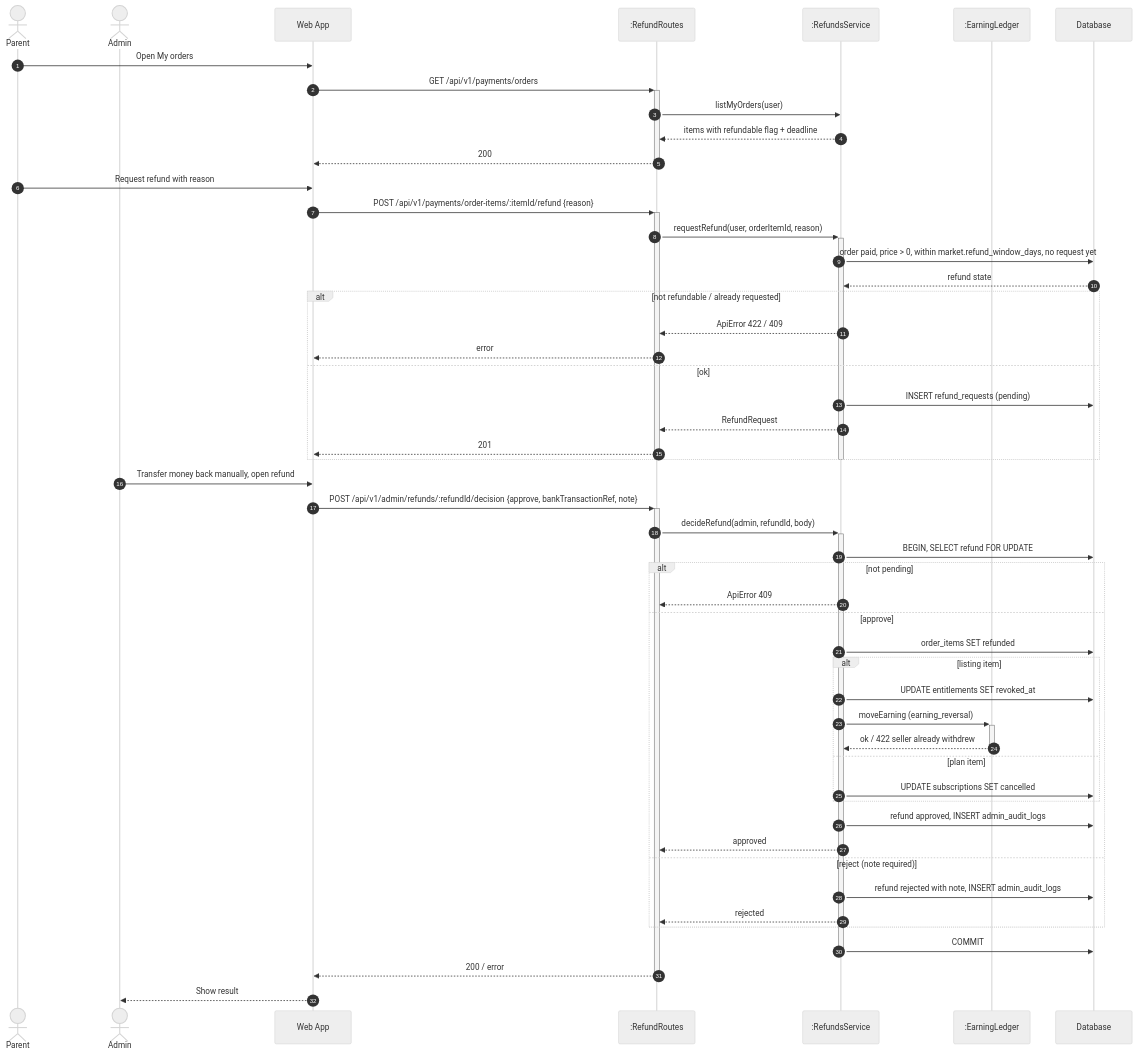
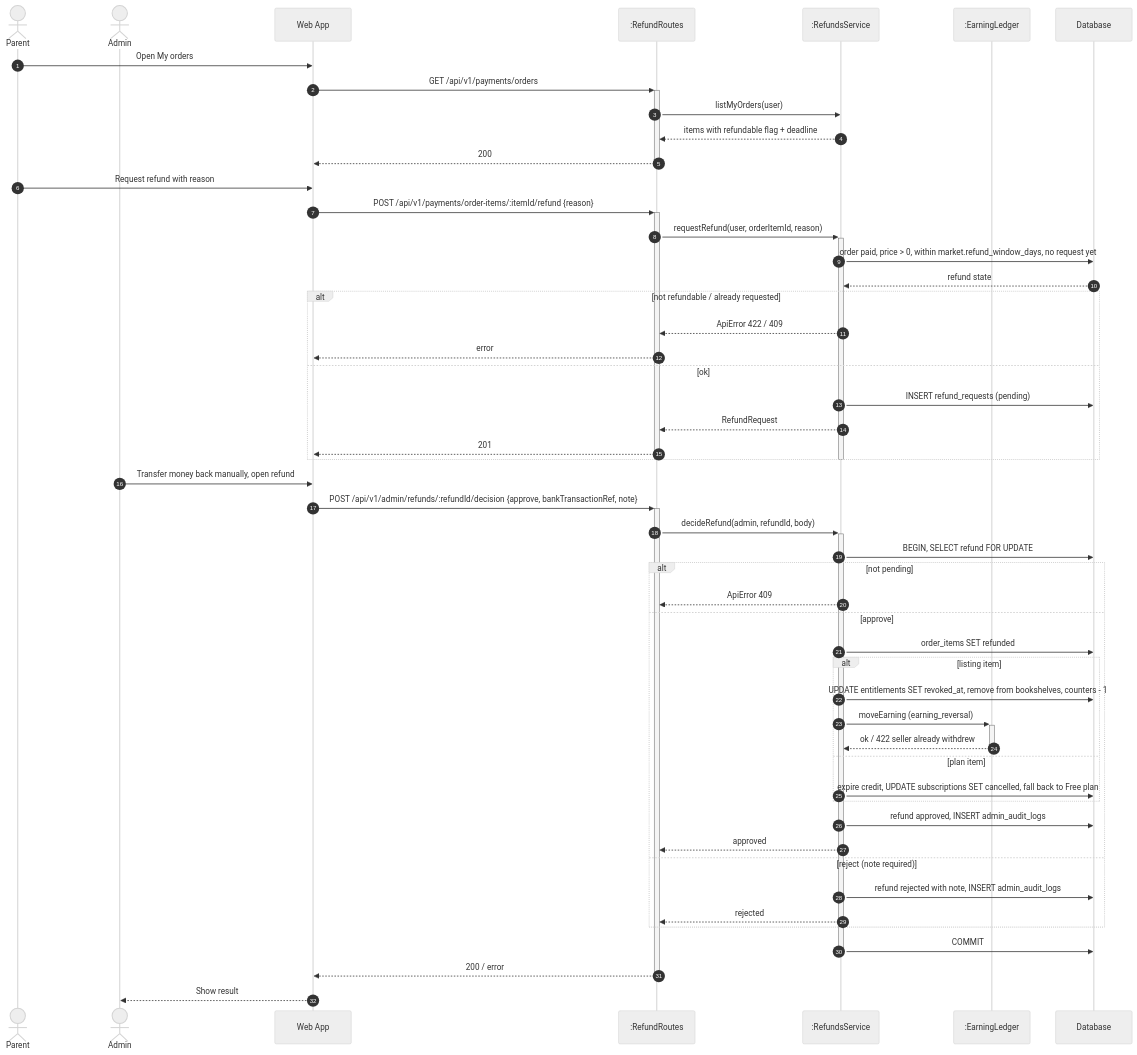
One commit to SEP490-GFA26SE186/BE changed the diagram in docs/diagrams/sdd/3.13.2-seq-request-decide-refund.mmd. Above: the diagram before and after it, drawn with Mermaid. The commit also changed 4 other files, not shown here.

Commit message:
Add refund-related class and state diagrams for improved clarity on refund processes

```diff
--- a/docs/diagrams/sdd/3.13.2-seq-request-decide-refund.mmd
+++ b/docs/diagrams/sdd/3.13.2-seq-request-decide-refund.mmd
@@ -1,55 +1,55 @@
 %%{init: {"theme": "neutral", "themeVariables": {"fontFamily": "Arial"}}}%%
 sequenceDiagram
   autonumber
   actor P as Parent
   actor A as Admin
   participant W as Web App
   participant C as :RefundRoutes
   participant S as :RefundsService
   participant E as :EarningLedger
   participant DB as Database
   P->>W: Open My orders
   W->>+C: GET /api/v1/payments/orders
   C->>S: listMyOrders(user)
   S-->>C: items with refundable flag + deadline
   C-->>-W: 200
   P->>W: Request refund with reason
   W->>+C: POST /api/v1/payments/order-items/:itemId/refund {reason}
   C->>+S: requestRefund(user, orderItemId, reason)
   S->>DB: order paid, price > 0, within market.refund_window_days, no request yet
   DB-->>S: refund state
   alt not refundable / already requested
     S-->>C: ApiError 422 / 409
     C-->>W: error
   else ok
     S->>DB: INSERT refund_requests (pending)
     S-->>C: RefundRequest
     C-->>W: 201
   end
   deactivate S
   deactivate C
   A->>W: Transfer money back manually, open refund
   W->>+C: POST /api/v1/admin/refunds/:refundId/decision {approve, bankTransactionRef, note}
   C->>+S: decideRefund(admin, refundId, body)
   S->>DB: BEGIN, SELECT refund FOR UPDATE
   alt not pending
     S-->>C: ApiError 409
   else approve
     S->>DB: order_items SET refunded
     alt listing item
-      S->>DB: UPDATE entitlements SET revoked_at
+      S->>DB: UPDATE entitlements SET revoked_at, remove from bookshelves, counters - 1
       S->>+E: moveEarning (earning_reversal)
       E-->>-S: ok / 422 seller already withdrew
     else plan item
-      S->>DB: UPDATE subscriptions SET cancelled
+      S->>DB: expire credit, UPDATE subscriptions SET cancelled, fall back to Free plan
     end
     S->>DB: refund approved, INSERT admin_audit_logs
     S-->>C: approved
   else reject (note required)
     S->>DB: refund rejected with note, INSERT admin_audit_logs
     S-->>C: rejected
   end
   S->>DB: COMMIT
   deactivate S
   C-->>-W: 200 / error
   W-->>A: Show result
```
